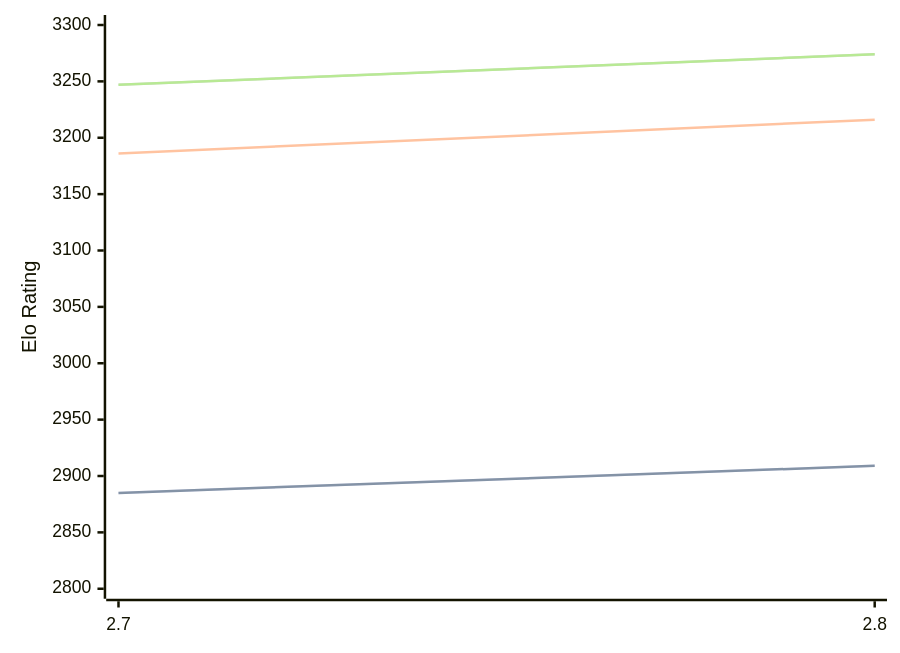
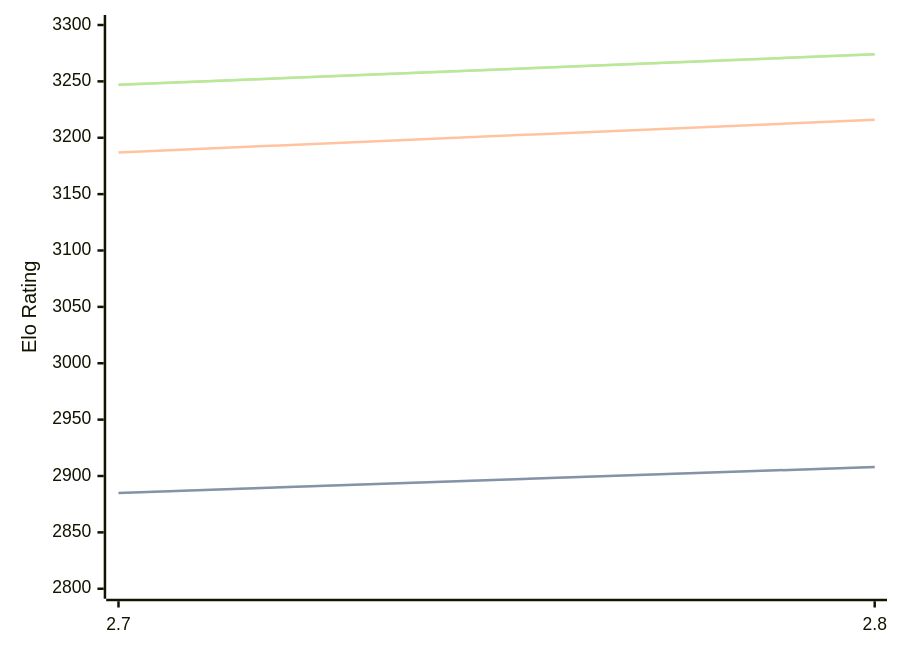
Before and after one commit to computer-chess-index/cci: the first of 3 diagrams in engines/Arcanum.md, drawn with Mermaid. The commit also changed other lines of this file, not shown here.

````diff
--- a/engines/Arcanum.md
+++ b/engines/Arcanum.md
@@ -44,11 +44,11 @@
 ```mermaid
 %%{init: {"theme":"base","themeVariables":{"seriesColors:['#a3a3a3','#222221','#faa371']}}}%%
 xychart-beta
   x-axis ["2.7", "2.8"]
   y-axis "Elo Rating" 2800 --> 3300
-  line "STC (8.0+0.08s)" [2885, 2909]
-  line "STC (8.0+0.08s)" [2885, 2909]
-  line "LTC (60.0+0.60s)" [3186, 3216]
+  line "STC (8.0+0.08s)" [2885, 2908]
+  line "STC (8.0+0.08s)" [2885, 2908]
+  line "LTC (60.0+0.60s)" [3187, 3216]
   line "VLTC (2m24s+1.12s)" [3247, 3274]
   line "VLTC (2m24s+1.12s)" [3247, 3274]
 ```
````
